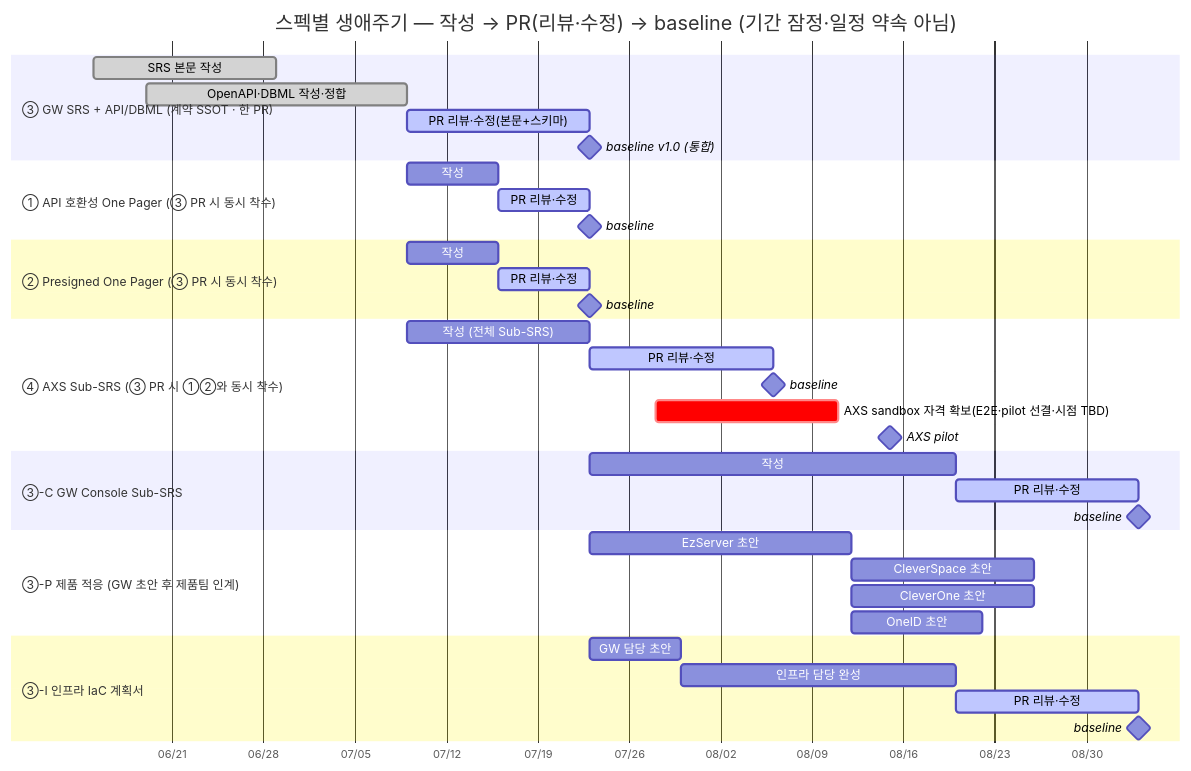
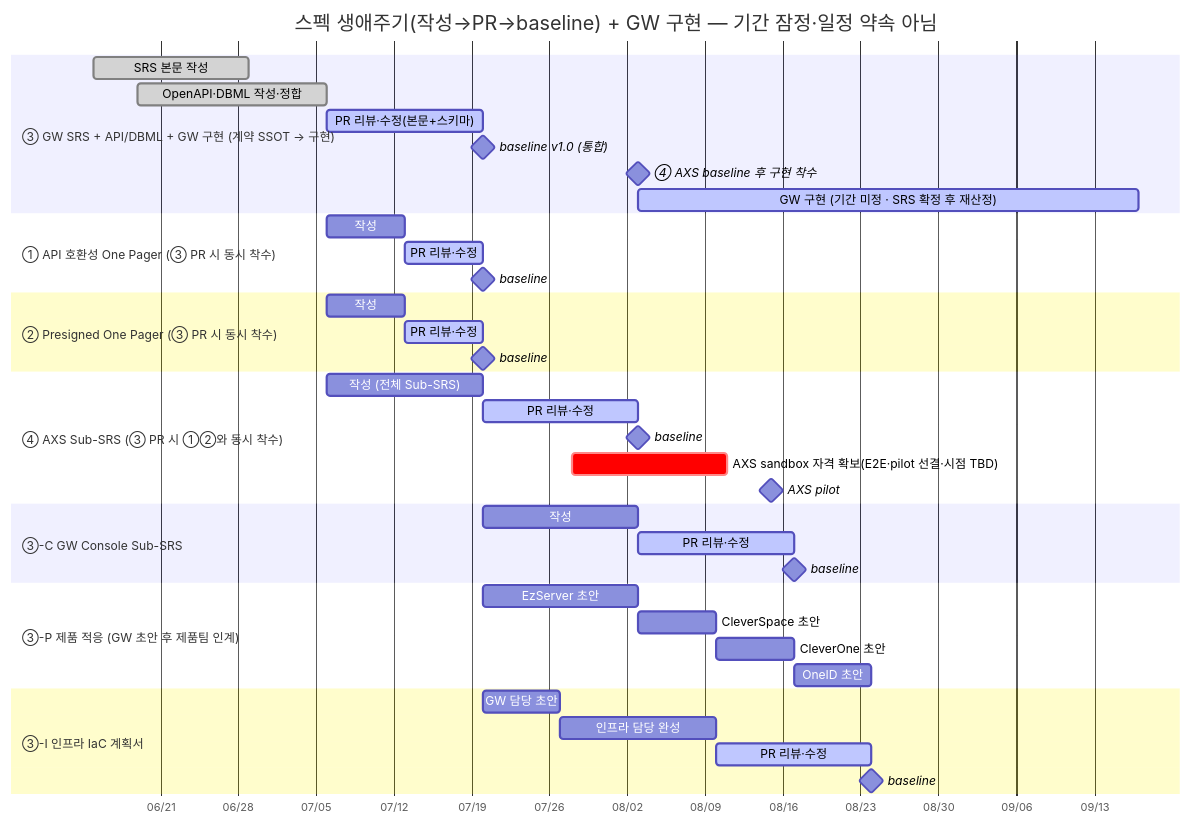
Diagram 14 of 14 in docs/VT_API_Gateway/08.VT_API_Gateway/VT API Gateway — PRD (v2)/VT API Gateway — 개발 Roadmap 결정.md (gracegyu/scp-architecture), drawn with Mermaid before and after one commit. The commit also changed other lines of this file and 4 other files, not shown here.

Commit message:
문서 업데이트: VT API Gateway의 설정 파일에 새로운 스크립트를 추가하여 OpenAPI 문서의 오류 계약 및 응답 처리 방안을 보강하고, SRS 문서에서 Webhook Dispatcher 및 Webhook Ingress에 대한 내용을 추가하여 시스템의 복원력을 강화하였습니다. 또한, 주간회의 아젠다에서 스펙 작성 순서 및 Gantt 차트를 업데이트하여 문서의 정합성을 높였습니다.

````diff
--- a/docs/VT_API_Gateway/08.VT_API_Gateway/VT API Gateway — PRD (v2)/VT API Gateway — 개발 Roadmap 결정.md
+++ b/docs/VT_API_Gateway/08.VT_API_Gateway/VT API Gateway — PRD (v2)/VT API Gateway — 개발 Roadmap 결정.md
@@ -698,47 +698,49 @@
 ```mermaid
 gantt
-    title 스펙별 생애주기 — 작성 → PR(리뷰·수정) → baseline (기간 잠정·일정 약속 아님)
+    title 스펙 생애주기(작성→PR→baseline) + GW 구현 — 기간 잠정·일정 약속 아님
     dateFormat YYYY-MM-DD
     axisFormat %m/%d
     todayMarker stroke-width:3px,stroke:#d33,opacity:0.6
 
-    section ③ GW SRS + API/DBML (계약 SSOT · 한 PR)
+    section ③ GW SRS + API/DBML + GW 구현 (계약 SSOT → 구현)
     SRS 본문 작성            :done, srsw, 2026-06-15, 14d
-    OpenAPI·DBML 작성·정합   :done, designw, 2026-06-19, 20d
-    PR 리뷰·수정(본문+스키마) :active, srspr, 2026-07-09, 14d
+    OpenAPI·DBML 작성·정합   :done, designw, 2026-06-19, 17d
+    PR 리뷰·수정(본문+스키마) :active, srspr, 2026-07-06, 14d
     baseline v1.0 (통합)     :milestone, srsbl, after srspr, 0d
+    ④ AXS baseline 후 구현 착수 :milestone, impl0, after axsbl, 0d
+    GW 구현 (기간 미정 · SRS 확정 후 재산정) :active, impl, after axsbl, 45d
 
     section ① API 호환성 One Pager (③ PR 시 동시 착수)
-    작성                  :op1w, 2026-07-09, 7d
+    작성                  :op1w, 2026-07-06, 7d
     PR 리뷰·수정          :active, op1pr, after op1w, 7d
     baseline              :milestone, op1bl, after op1pr, 0d
 
     section ② Presigned One Pager (③ PR 시 동시 착수)
-    작성                  :op2w, 2026-07-09, 7d
+    작성                  :op2w, 2026-07-06, 7d
     PR 리뷰·수정          :active, op2pr, after op2w, 7d
     baseline              :milestone, op2bl, after op2pr, 0d
 
     section ④ AXS Sub-SRS (③ PR 시 ①②와 동시 착수)
-    작성 (전체 Sub-SRS)    :axsw, 2026-07-09, 14d
+    작성 (전체 Sub-SRS)    :axsw, 2026-07-06, 14d
     PR 리뷰·수정          :active, axspr, after axsw, 14d
     baseline              :milestone, axsbl, after axspr, 0d
     AXS sandbox 자격 확보(E2E·pilot 선결·시점 TBD) :crit, cred, 2026-07-28, 14d
     AXS pilot             :milestone, pilot, 2026-08-15, 0d
 
     section ③-C GW Console Sub-SRS
-    작성                  :conw, after srsbl, 28d
+    작성                  :conw, after srsbl, 14d
     PR 리뷰·수정          :active, conpr, after conw, 14d
     baseline              :milestone, conbl, after conpr, 0d
 
     section ③-P 제품 적응 (GW 초안 후 제품팀 인계)
-    EzServer 초안         :ezw, after srsbl, 20d
-    CleverSpace 초안      :csw, after ezw, 14d
-    CleverOne 초안        :cow, after ezw, 14d
-    OneID 초안            :oidw, after ezw, 10d
+    EzServer 초안         :ezw, after srsbl, 14d
+    CleverSpace 초안      :csw, after ezw, 7d
+    CleverOne 초안        :cow, after csw, 7d
+    OneID 초안            :oidw, after cow, 7d
 
     section ③-I 인프라 IaC 계획서
     GW 담당 초안          :infw1, after srsbl, 7d
-    인프라 담당 완성       :infw2, after infw1, 21d
+    인프라 담당 완성       :infw2, after infw1, 14d
     PR 리뷰·수정          :active, infpr, after infw2, 14d
     baseline              :milestone, infbl, after infpr, 0d
 ```
````
